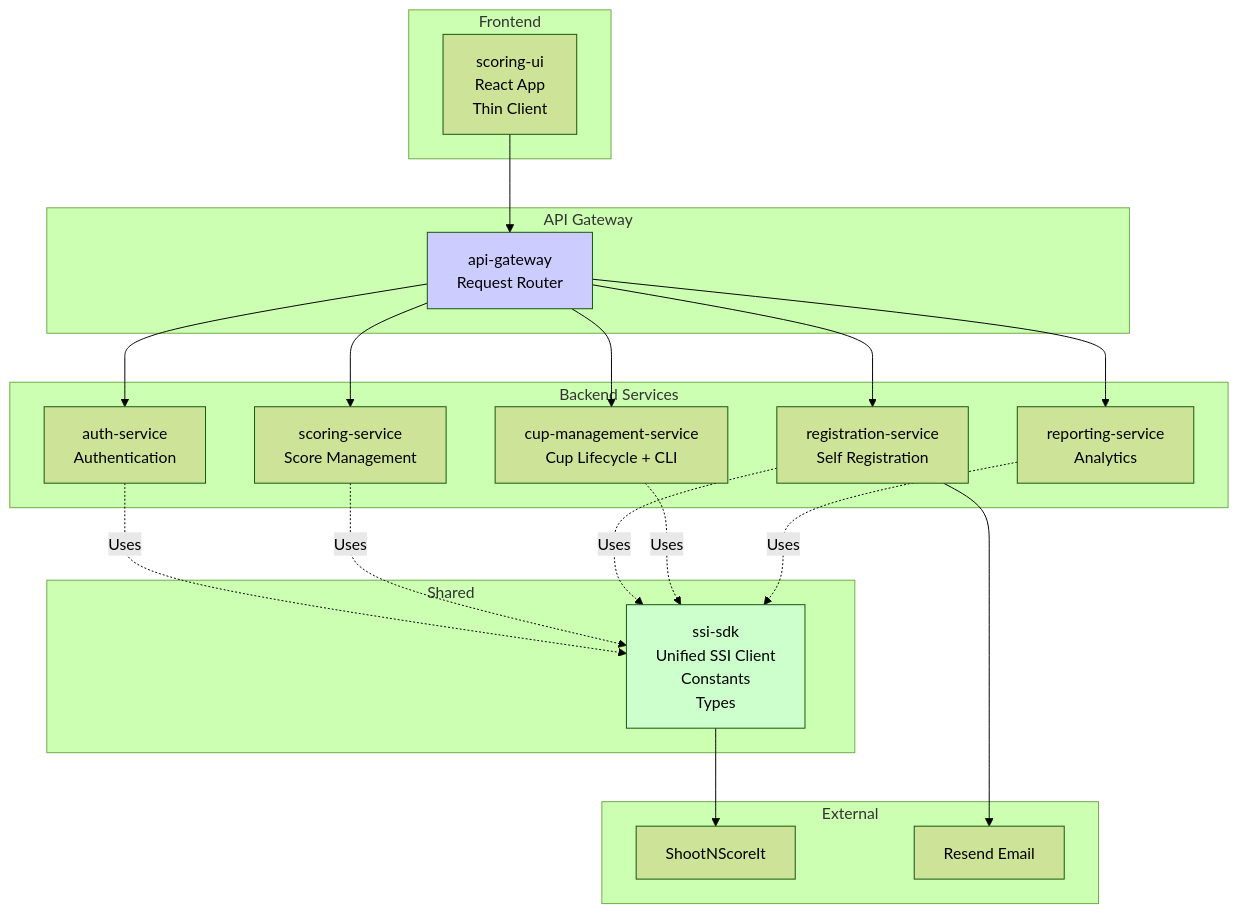
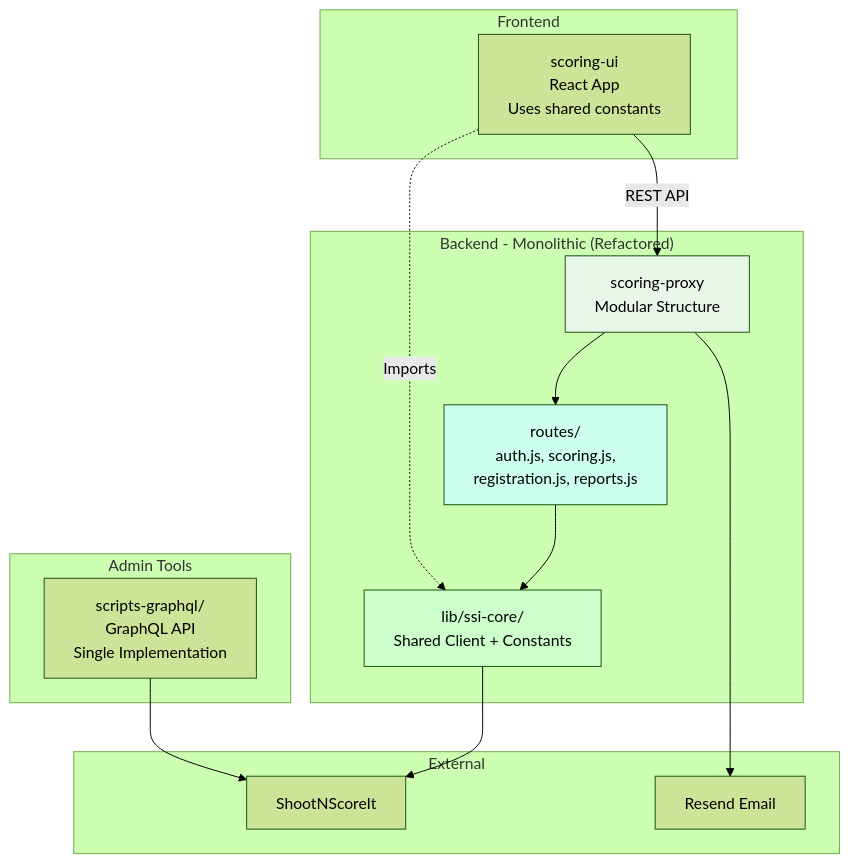
Before and after one commit to tohewi/tapahtumakalenteri-ssi-integrator: the second of 2 diagrams in docs/refactoring-visual-summary.md, drawn with Mermaid (forest theme). The commit also changed other lines of this file and 2 other files, not shown here.

First line of the commit message:
Update refactoring plan: recommend monolithic consolidation, remove Docker/Kubernetes

````diff
--- a/docs/refactoring-visual-summary.md
+++ b/docs/refactoring-visual-summary.md
@@ -52,46 +52,33 @@
 ```mermaid
 flowchart TB
     subgraph "Frontend"
-        UI[scoring-ui<br/>React App<br/>Thin Client]
+        UI[scoring-ui<br/>React App<br/>Uses shared constants]
     end
     
-    subgraph "API Gateway"
-        GW[api-gateway<br/>Request Router]
+    subgraph "Backend - Monolithic (Refactored)"
+        PROXY[scoring-proxy<br/>Modular Structure]
+        ROUTES[routes/<br/>auth.js, scoring.js,<br/>registration.js, reports.js]
+        CORE[lib/ssi-core/<br/>Shared Client + Constants]
     end
     
-    subgraph "Backend Services"
-        AUTH[auth-service<br/>Authentication]
-        SCORING[scoring-service<br/>Score Management]
-        REG[registration-service<br/>Self Registration]
-        CUP[cup-management-service<br/>Cup Lifecycle + CLI]
-        REPORT[reporting-service<br/>Analytics]
-    end
-    
-    subgraph "Shared"
-        SDK[ssi-sdk<br/>Unified SSI Client<br/>Constants<br/>Types]
+    subgraph "Admin Tools"
+        S2[scripts-graphql/<br/>GraphQL API<br/>Single Implementation]
     end
     
     subgraph "External"
         SSI[ShootNScoreIt]
         EMAIL[Resend Email]
     end
     
-    UI --> GW
-    GW --> AUTH
-    GW --> SCORING
-    GW --> REG
-    GW --> CUP
-    GW --> REPORT
+    UI -->|REST API| PROXY
+    PROXY --> ROUTES
+    ROUTES --> CORE
+    CORE --> SSI
+    PROXY --> EMAIL
+    S2 --> SSI
+    UI -.Imports.-> CORE
     
-    AUTH -.Uses.-> SDK
-    SCORING -.Uses.-> SDK
-    REG -.Uses.-> SDK
-    CUP -.Uses.-> SDK
-    REPORT -.Uses.-> SDK
-    
-    SDK --> SSI
-    REG --> EMAIL
-    
-    style SDK fill:#ccffcc
-    style GW fill:#ccccff
+    style CORE fill:#ccffcc
+    style ROUTES fill:#ccffee
+    style PROXY fill:#e8f5e9
 ```
````
